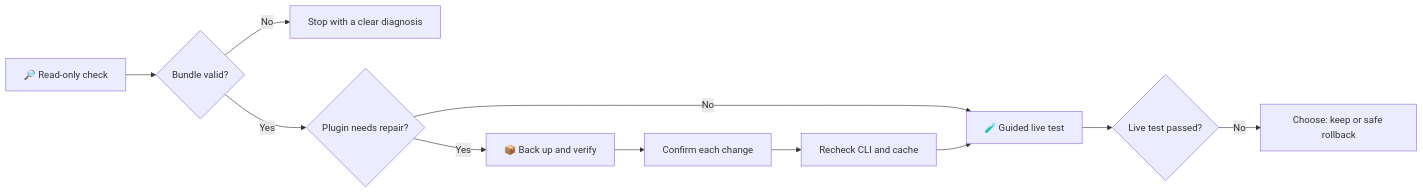
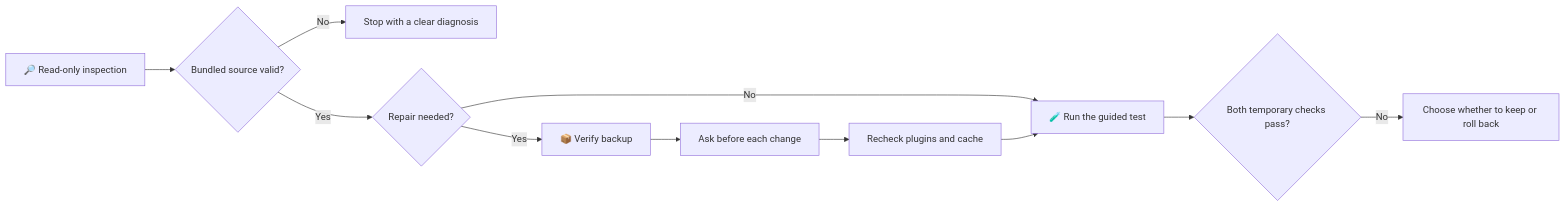
Before and after one commit to ChaiBoonHong/codex-bundled-repair: the diagram in README.md, drawn with Mermaid. The commit also changed other lines of this file, not shown here.

```diff
--- a/README.md
+++ b/README.md
@@ -80,13 +85,13 @@
 ~~~mermaid
 flowchart LR
-    A["🔎 Read-only check"] --> B{"Bundle valid?"}
+    A["🔎 Read-only inspection"] --> B{"Bundled source valid?"}
     B -- No --> C["Stop with a clear diagnosis"]
-    B -- Yes --> D{"Plugin needs repair?"}
-    D -- No --> H["🧪 Guided live test"]
-    D -- Yes --> E["📦 Back up and verify"]
-    E --> F["Confirm each change"]
-    F --> G["Recheck CLI and cache"]
-    G --> H
-    H --> I{"Live test passed?"}
-    I -- No --> J["Choose: keep or safe rollback"]
+    B -- Yes --> D{"Repair needed?"}
+    D -- No --> G["🧪 Run the guided test"]
+    D -- Yes --> E["📦 Verify backup"]
+    E --> F["Ask before each change"]
+    F --> H["Recheck plugins and cache"]
+    H --> G
+    G --> I{"Both temporary checks pass?"}
+    I -- No --> J["Choose whether to keep or roll back"]
 ~~~
```
